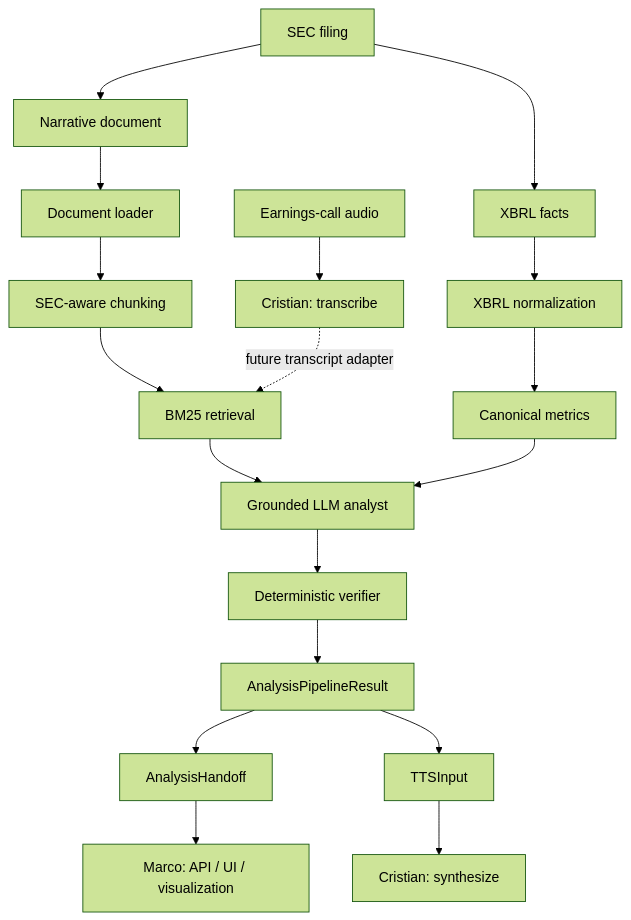
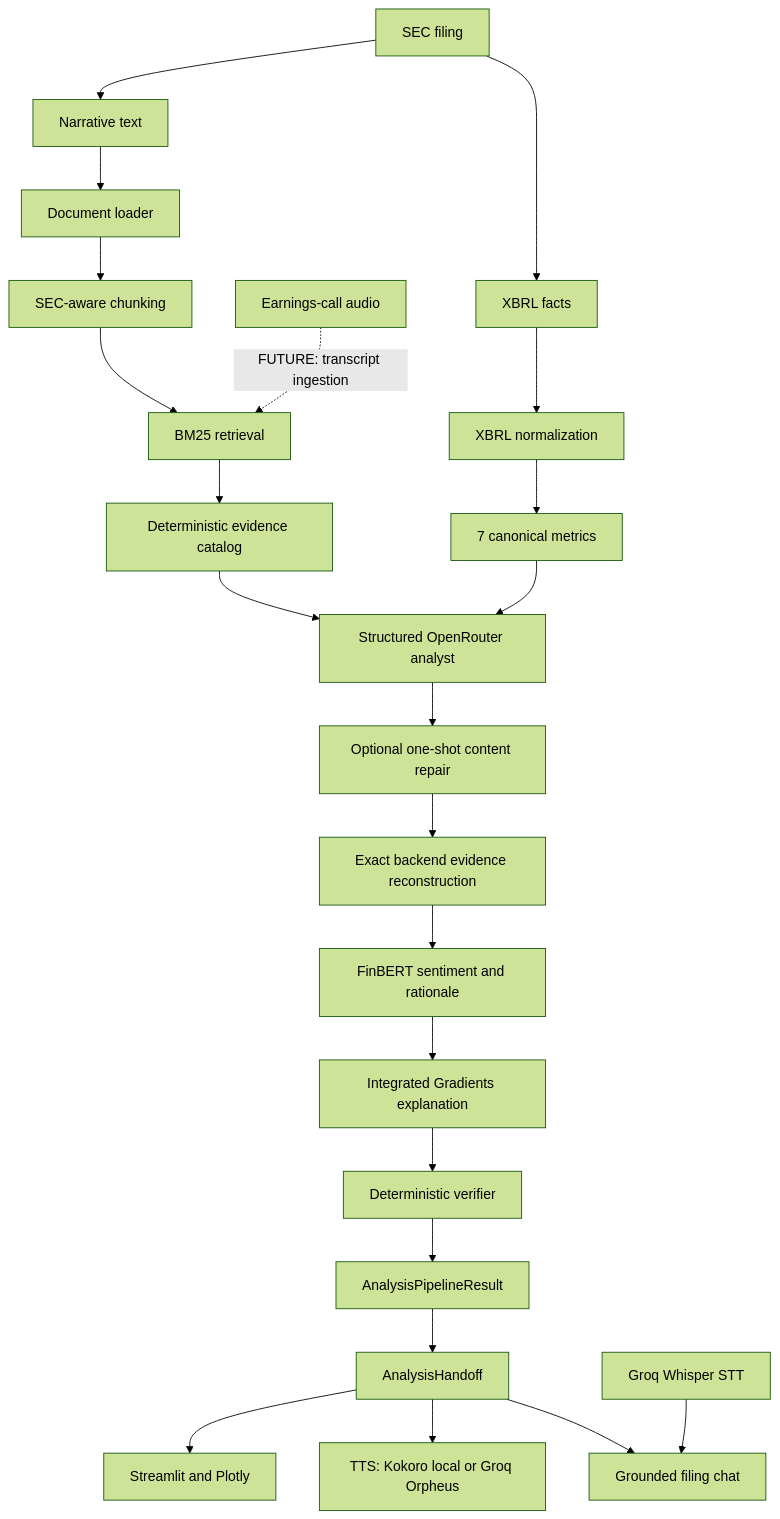
One commit to marcocorpacriado-pixel/fintech-multimodal-mvp changed the diagram in README.md. Above: the diagram before and after it, drawn with Mermaid (forest theme). The commit also changed other lines of this file and 6 other files, not shown here.

````diff
--- a/README.md
+++ b/README.md
@@ -21,20 +43,26 @@
 ```mermaid
 flowchart TD
-    SEC[SEC filing] --> Narrative[Narrative document]
+    SEC[SEC filing]
+    SEC --> Narrative[Narrative text]
     SEC --> XBRL[XBRL facts]
     Narrative --> Loader[Document loader]
     Loader --> Chunker[SEC-aware chunking]
     Chunker --> BM25[BM25 retrieval]
     XBRL --> Normalize[XBRL normalization]
-    Normalize --> Metrics[Canonical metrics]
-    BM25 --> Analyst[Grounded LLM analyst]
+    Normalize --> Metrics[7 canonical metrics]
+    BM25 --> Catalog[Deterministic evidence catalog]
+    Catalog --> Analyst[Structured OpenRouter analyst]
     Metrics --> Analyst
-    Analyst --> Verifier[Deterministic verifier]
+    Analyst --> Repair[Optional one-shot content repair]
+    Repair --> Rebuild[Exact backend evidence reconstruction]
+    Rebuild --> FinBERT[FinBERT sentiment and rationale]
+    FinBERT --> IG[Integrated Gradients explanation]
+    IG --> Verifier[Deterministic verifier]
     Verifier --> Pipeline[AnalysisPipelineResult]
     Pipeline --> Handoff[AnalysisHandoff]
-    Handoff --> Marco[Marco: API / UI / visualization]
-    Pipeline --> TTSInput[TTSInput]
-    TTSInput --> TTS[Cristian: synthesize]
-    Call[Earnings-call audio] --> STT[Cristian: transcribe]
-    STT -. future transcript adapter .-> BM25
+    Handoff --> UI[Streamlit and Plotly]
+    Handoff --> TTS[TTS: Kokoro local or Groq Orpheus]
+    Handoff --> Chat[Grounded filing chat]
+    STT[Groq Whisper STT] --> Chat
+    Earnings[Earnings-call audio] -. FUTURE: transcript ingestion .-> BM25
 ```
````
